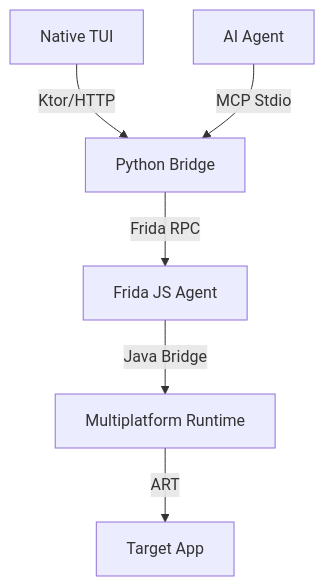
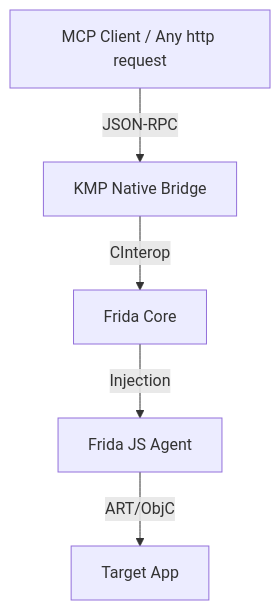
Before and after one commit to victorlpgazolli/barbatos: the diagram in README.md, drawn with Mermaid. The commit also changed other lines of this file and 161 other files, not shown here.

First line of the commit message:
refactor: removing TUI and changing core language  (#31)

````diff
--- a/README.md
+++ b/README.md
@@ -95,8 +41,7 @@
 ```mermaid
 graph TD
-    A[Native TUI] -->|Ktor/HTTP| C[Python Bridge]
-    B[AI Agent] -->|MCP Stdio| C
-    C -->|Frida RPC| D[Frida JS Agent]
-    D -->|Java Bridge| E[Multiplatform Runtime]
-    E -->|ART| F[Target App]
+    A[MCP Client / Any http request] -->|JSON-RPC| B[KMP Native Bridge]
+    B -->|CInterop| D[Frida Core]
+    D -->|Injection| E[Frida JS Agent]
+    E -->|ART/ObjC| F[Target App]
 ```
````
